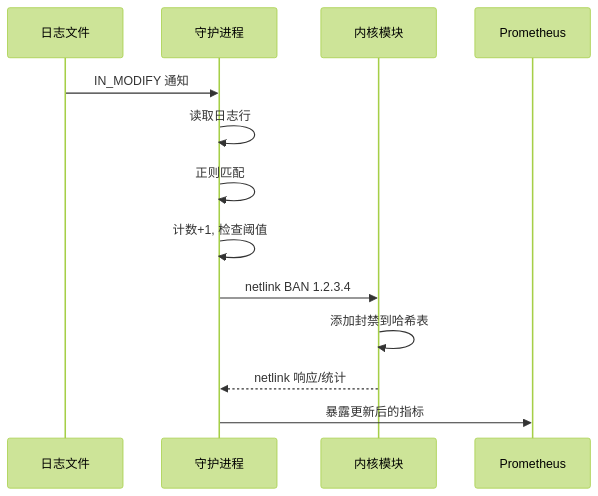
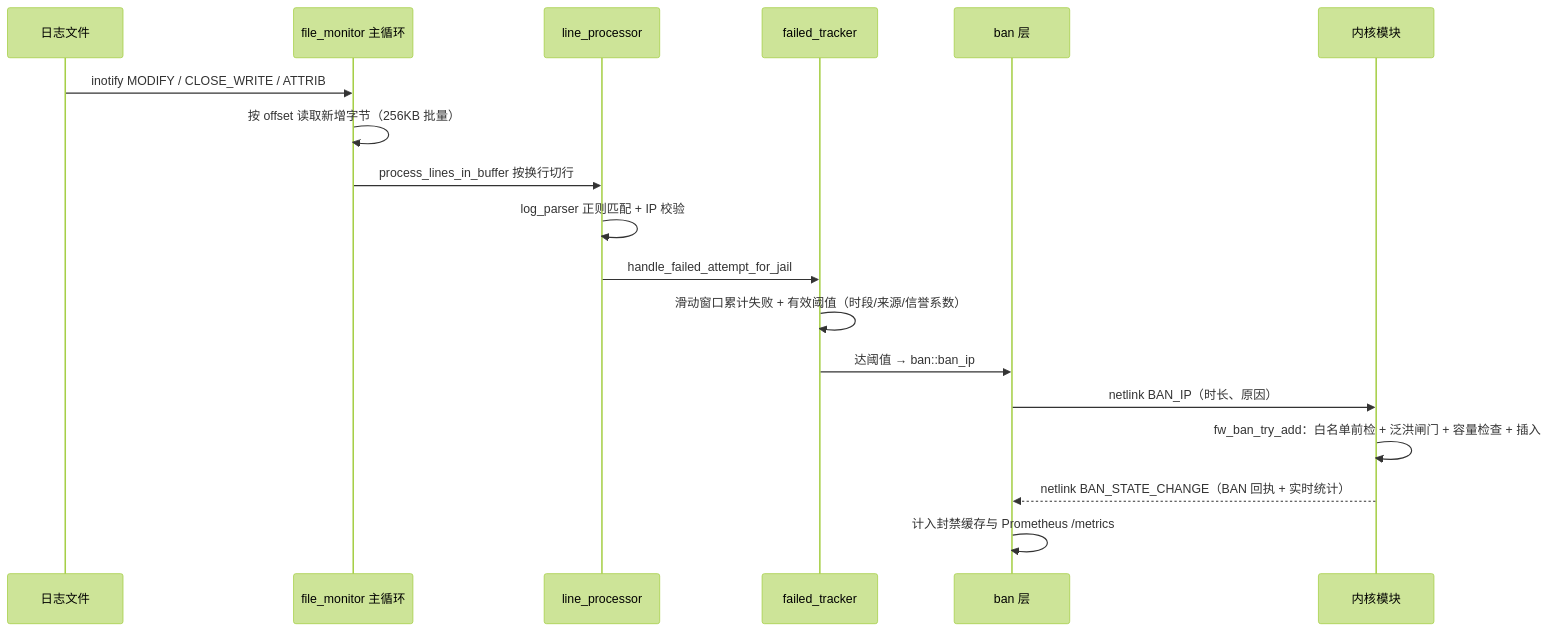
One commit to SnowCore8/linux-firewall-kmod changed the third of 6 diagrams in docs/zh/architecture/data-flow.md. Above: the diagram before and after it, drawn with Mermaid (forest theme). The commit also changed other lines of this file and 1 other file, not shown here.

````diff
--- a/docs/zh/architecture/data-flow.md
+++ b/docs/zh/architecture/data-flow.md
@@ -37,16 +130,21 @@
 ```mermaid
 sequenceDiagram
     participant Log as 日志文件
-    participant Daemon as 守护进程
+    participant FM as file_monitor 主循环
+    participant LP as line_processor
+    participant FT as failed_tracker
+    participant Ban as ban 层
     participant Kernel as 内核模块
-    participant Prometheus as Prometheus
 
-    Log->>Daemon: IN_MODIFY 通知
-    Daemon->>Daemon: 读取日志行
-    Daemon->>Daemon: 正则匹配
-    Daemon->>Daemon: 计数+1, 检查阈值
-    Daemon->>Kernel: netlink BAN 1.2.3.4
-    Kernel->>Kernel: 添加封禁到哈希表
-    Kernel-->>Daemon: netlink 响应/统计
-    Daemon->>Prometheus: 暴露更新后的指标
+    Log->>FM: inotify MODIFY / CLOSE_WRITE / ATTRIB
+    FM->>FM: 按 offset 读取新增字节（256KB 批量）
+    FM->>LP: process_lines_in_buffer 按换行切行
+    LP->>LP: log_parser 正则匹配 + IP 校验
+    LP->>FT: handle_failed_attempt_for_jail
+    FT->>FT: 滑动窗口累计失败 + 有效阈值（时段/来源/信誉系数）
+    FT->>Ban: 达阈值 → ban::ban_ip
+    Ban->>Kernel: netlink BAN_IP（时长、原因）
+    Kernel->>Kernel: fw_ban_try_add：白名单前检 + 泛洪闸门 + 容量检查 + 插入
+    Kernel-->>Ban: netlink BAN_STATE_CHANGE（BAN 回执 + 实时统计）
+    Ban->>Ban: 计入封禁缓存与 Prometheus /metrics
 ```
````
